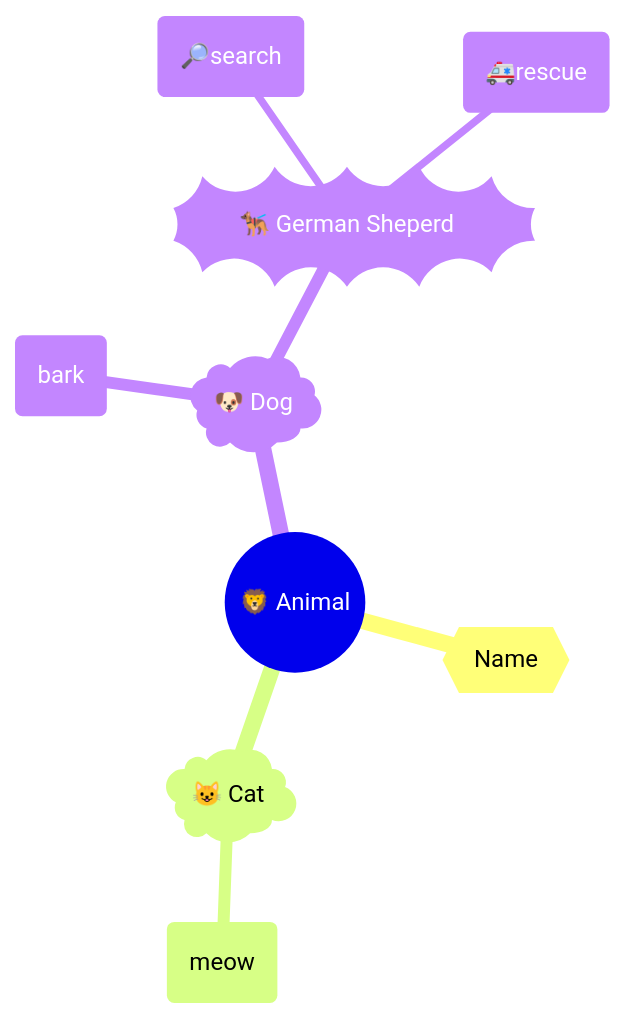
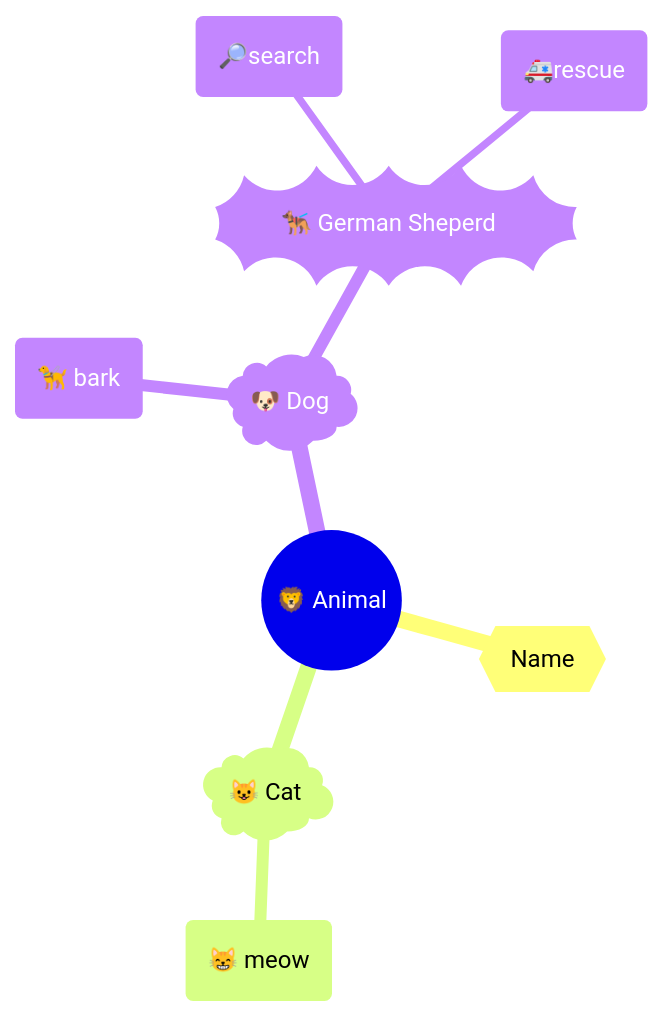
One commit to aruncs31s/aruncs31s-notes-vercel changed the second of 3 diagrams in src/site/notes/03 Coding/Python/Object Oriented Programming Python.md. Above: the diagram before and after it, drawn with Mermaid. The commit also changed other lines of this file, not shown here.

Commit message:
Update content src/site/notes/03 Coding/Python/Object Oriented Programming Python.md

````diff
--- a/src/site/notes/03 Coding/Python/Object Oriented Programming Python.md
+++ b/src/site/notes/03 Coding/Python/Object Oriented Programming Python.md
@@ -232,13 +232,13 @@
 ```mermaid
 mindmap
 	root((🦁 Animal))
 		{{Name}}
 		)😺 Cat(
-			(meow)
+			(😸 meow)
 		)🐶 Dog(
-			(bark)
+			(🦮 bark)
 			))🐕‍🦺 German Sheperd((
 				(🔎search)
 				(🚑rescue)
     
 ```
````
